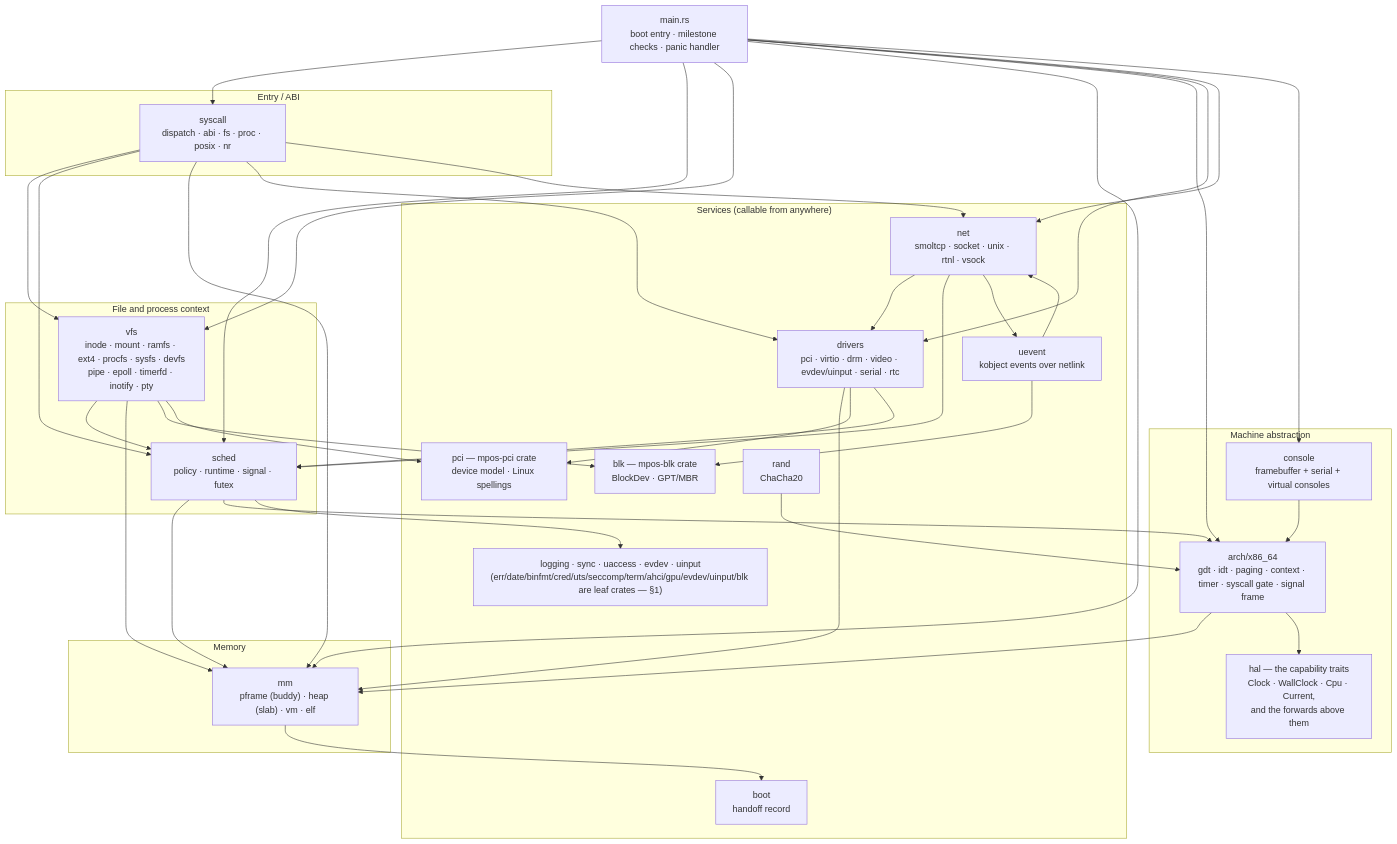
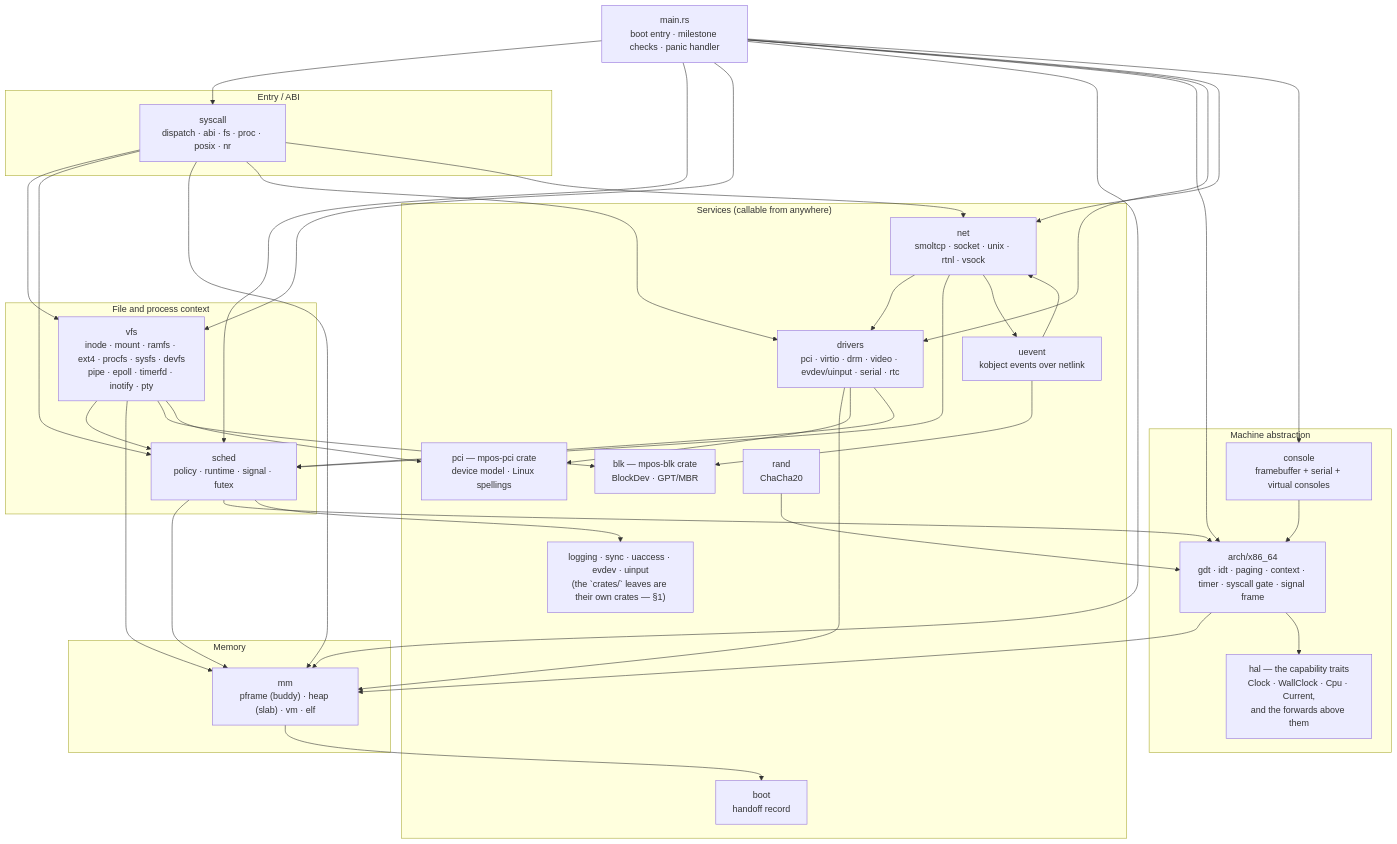
One commit to sgj123456/MPOS changed the second of 5 diagrams in docs/ARCHITECTURE.md. Above: the diagram before and after it, drawn with Mermaid. The commit also changed other lines of this file and 21 other files, not shown here.

````diff
--- a/docs/ARCHITECTURE.md
+++ b/docs/ARCHITECTURE.md
@@ -145,73 +156,73 @@
 ```mermaid
 flowchart TB
     MAIN["main.rs<br/>boot entry · milestone checks · panic handler"]
 
     subgraph L4["Entry / ABI"]
         SYSCALL["syscall<br/>dispatch · abi · fs · proc · posix · nr"]
     end
 
     subgraph L3["File and process context"]
         VFS["vfs<br/>inode · mount · ramfs · ext4 · procfs · sysfs · devfs<br/>pipe · epoll · timerfd · inotify · pty"]
         SCHED["sched<br/>policy · runtime · signal · futex"]
     end
 
     subgraph L2["Memory"]
         MM["mm<br/>pframe (buddy) · heap (slab) · vm · elf"]
     end
 
     subgraph L1["Machine abstraction"]
         ARCH["arch/x86_64<br/>gdt · idt · paging · context · timer · syscall gate · signal frame"]
         HAL["hal — the capability traits<br/>Clock · WallClock · Cpu · Current,<br/>and the forwards above them"]
         CONSOLE["console<br/>framebuffer + serial + virtual consoles"]
     end
 
     subgraph Services["Services (callable from anywhere)"]
         DRIVERS["drivers<br/>pci · virtio · drm · video · evdev/uinput · serial · rtc"]
         NET["net<br/>smoltcp · socket · unix · rtnl · vsock"]
         BLK["blk — mpos-blk crate<br/>BlockDev · GPT/MBR"]
         PCI["pci — mpos-pci crate<br/>device model · Linux spellings"]
         RAND["rand<br/>ChaCha20"]
         UEVENT["uevent<br/>kobject events over netlink"]
         BOOTMOD["boot<br/>handoff record"]
-        BINFMT["logging · sync · uaccess · evdev · uinput<br/>(err/date/binfmt/cred/uts/seccomp/term/ahci/gpu/evdev/uinput/blk are leaf crates — §1)"]
+        BINFMT["logging · sync · uaccess · evdev · uinput<br/>(the `crates/` leaves are their own crates — §1)"]
     end
 
     MAIN --> SYSCALL
     MAIN --> SCHED
     MAIN --> VFS
     MAIN --> MM
     MAIN --> ARCH
     MAIN --> DRIVERS
     MAIN --> NET
     MAIN --> CONSOLE
 
     SYSCALL --> VFS
     SYSCALL --> SCHED
     SYSCALL --> MM
     SYSCALL --> DRIVERS
     SYSCALL --> NET
 
     VFS --> SCHED
     VFS --> MM
     VFS --> BLK
     VFS --> PCI
 
     SCHED --> MM
     SCHED --> ARCH
     SCHED --> BINFMT
 
     MM --> BOOTMOD
     ARCH --> MM
     ARCH --> HAL
     CONSOLE --> ARCH
 
     DRIVERS --> MM
     DRIVERS --> PCI
     DRIVERS --> SCHED
     NET --> DRIVERS
     NET --> SCHED
     NET --> UEVENT
     UEVENT --> BLK
     UEVENT --> NET
     RAND --> ARCH
 ```
````
